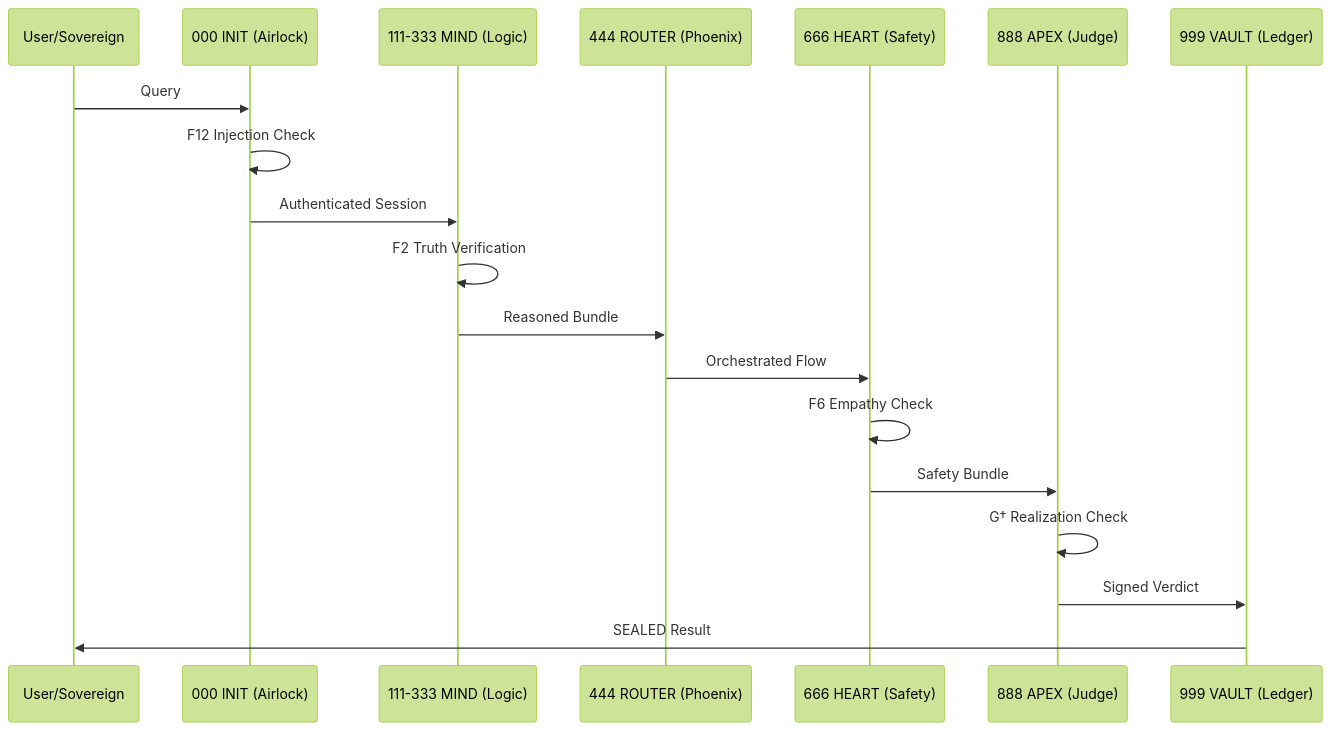
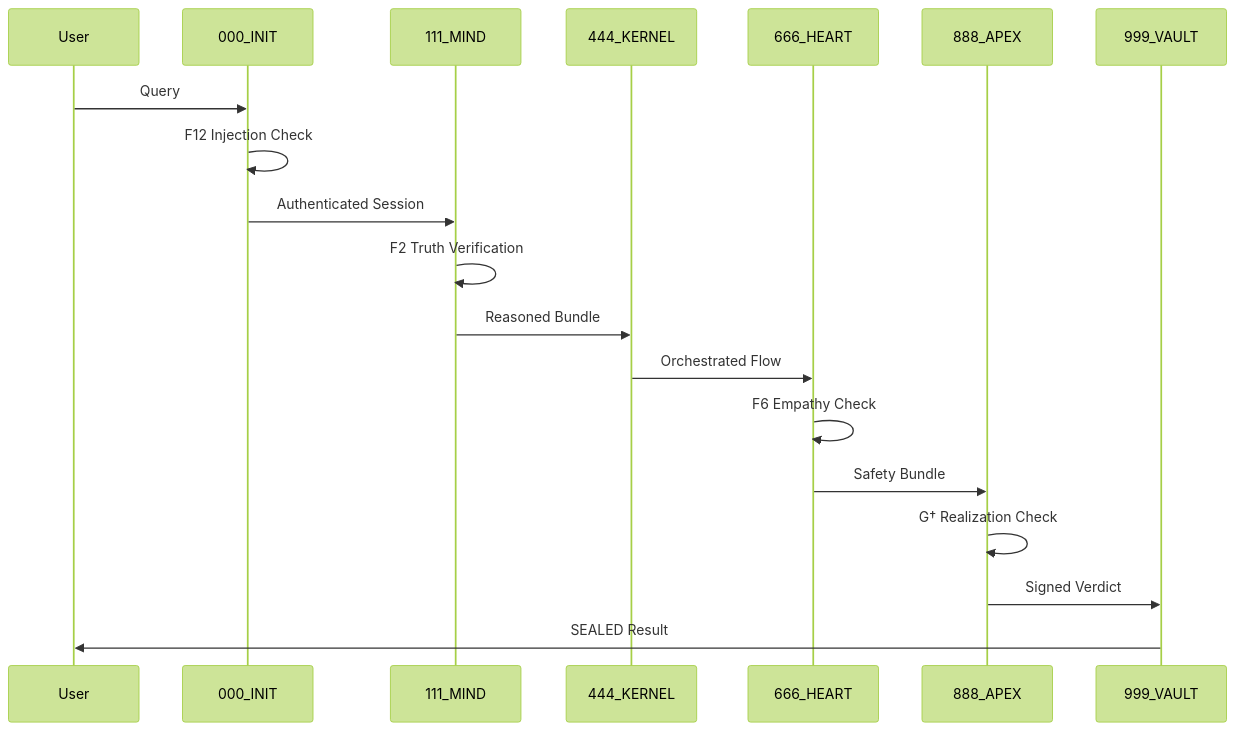
Before and after one commit to ariffazil/arifos: the second of 2 diagrams in README.md, drawn with Mermaid (forest theme). The commit also changed other lines of this file and 12 other files, not shown here.

````diff
--- a/README.md
+++ b/README.md
@@ -67,22 +67,22 @@
 ```mermaid
 sequenceDiagram
-    participant U as User/Sovereign
-    participant A as 000 INIT (Airlock)
-    participant M as 111-333 MIND (Logic)
-    participant R as 444 ROUTER (Phoenix)
-    participant H as 666 HEART (Safety)
-    participant J as 888 APEX (Judge)
-    participant V as 999 VAULT (Ledger)
+    participant User
+    participant 000_INIT
+    participant 111_MIND
+    participant 444_KERNEL
+    participant 666_HEART
+    participant 888_APEX
+    participant 999_VAULT
 
-    U->>A: Query
-    A->>A: F12 Injection Check
-    A->>M: Authenticated Session
-    M->>M: F2 Truth Verification
-    M->>R: Reasoned Bundle
-    R->>H: Orchestrated Flow
-    H->>H: F6 Empathy Check
-    H->>J: Safety Bundle
-    J->>J: G† Realization Check
-    J->>V: Signed Verdict
-    V->>U: SEALED Result
+    User->>000_INIT: Query
+    000_INIT->>000_INIT: F12 Injection Check
+    000_INIT->>111_MIND: Authenticated Session
+    111_MIND->>111_MIND: F2 Truth Verification
+    111_MIND->>444_KERNEL: Reasoned Bundle
+    444_KERNEL->>666_HEART: Orchestrated Flow
+    666_HEART->>666_HEART: F6 Empathy Check
+    666_HEART->>888_APEX: Safety Bundle
+    888_APEX->>888_APEX: G† Realization Check
+    888_APEX->>999_VAULT: Signed Verdict
+    999_VAULT->>User: SEALED Result
 ```
````
